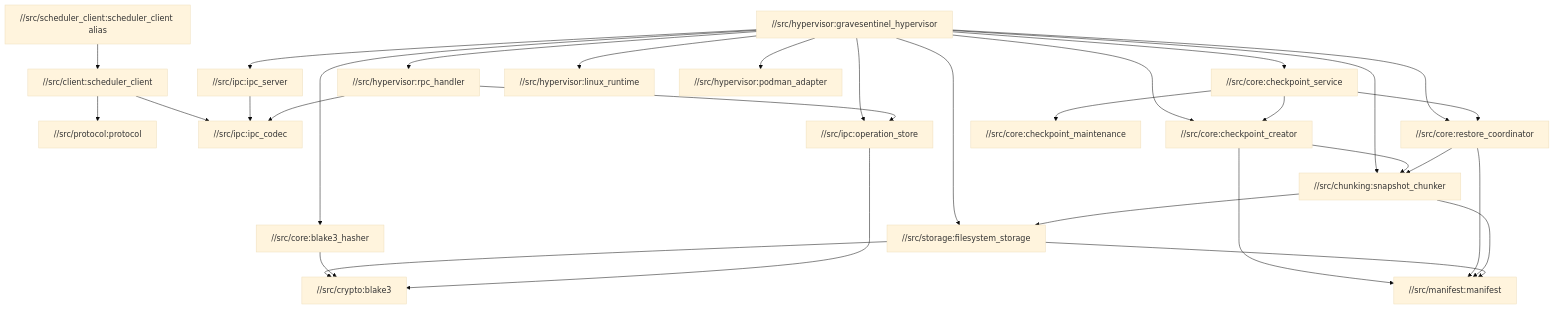
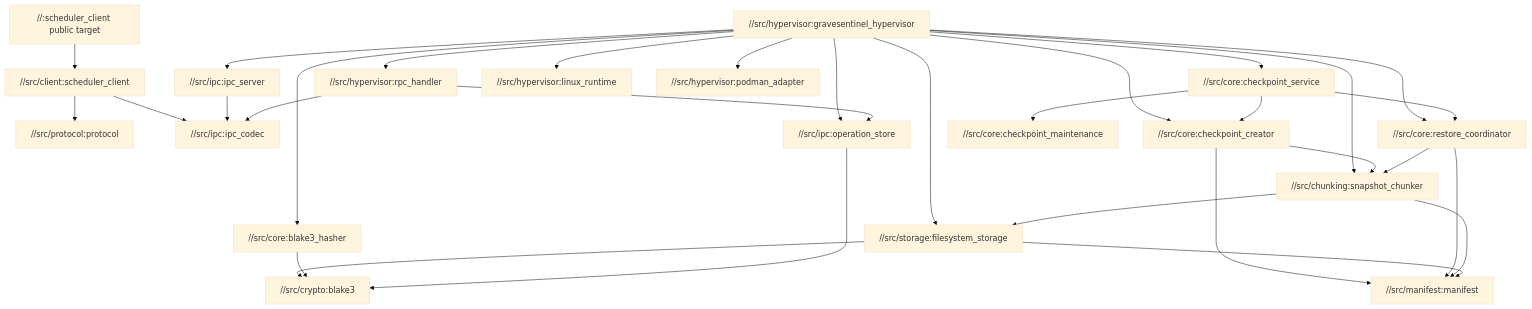
The second of 4 diagrams in docs/architecture.md (crystarm/gravesentinel), drawn with Mermaid (base theme) before and after one commit. The commit also changed other lines of this file and 49 other files, not shown here.

````diff
--- a/docs/architecture.md
+++ b/docs/architecture.md
@@ -104,53 +107,53 @@
 ```mermaid
 flowchart TD
-    PublicClient["//src/scheduler_client:scheduler_client alias"]
+    PublicClient["//:scheduler_client public target"]
     Client["//src/client:scheduler_client"]
     Protocol["//src/protocol:protocol"]
     Codec["//src/ipc:ipc_codec"]
     Server["//src/ipc:ipc_server"]
     Store["//src/ipc:operation_store"]
     Binary["//src/hypervisor:gravesentinel_hypervisor"]
     Rpc["//src/hypervisor:rpc_handler"]
     Service["//src/core:checkpoint_service"]
     Creator["//src/core:checkpoint_creator"]
     Restorer["//src/core:restore_coordinator"]
     Maintenance["//src/core:checkpoint_maintenance"]
     LinuxRuntime["//src/hypervisor:linux_runtime"]
     Podman["//src/hypervisor:podman_adapter"]
     Chunking["//src/chunking:snapshot_chunker"]
     Storage["//src/storage:filesystem_storage"]
     Hasher["//src/core:blake3_hasher"]
     Manifest["//src/manifest:manifest"]
     Crypto["//src/crypto:blake3"]
 
     PublicClient --> Client
     Client --> Protocol
     Client --> Codec
     Binary --> Server
     Binary --> Store
     Binary --> Rpc
     Binary --> Service
     Binary --> Creator
     Binary --> Restorer
     Binary --> LinuxRuntime
     Binary --> Podman
     Binary --> Chunking
     Binary --> Storage
     Binary --> Hasher
     Server --> Codec
     Rpc --> Codec
     Rpc --> Store
     Service --> Creator
     Service --> Restorer
     Service --> Maintenance
     Creator --> Chunking
     Creator --> Manifest
     Restorer --> Chunking
     Restorer --> Manifest
     Chunking --> Storage
     Chunking --> Manifest
     Storage --> Manifest
     Storage --> Crypto
     Hasher --> Crypto
     Store --> Crypto
 ```
````
